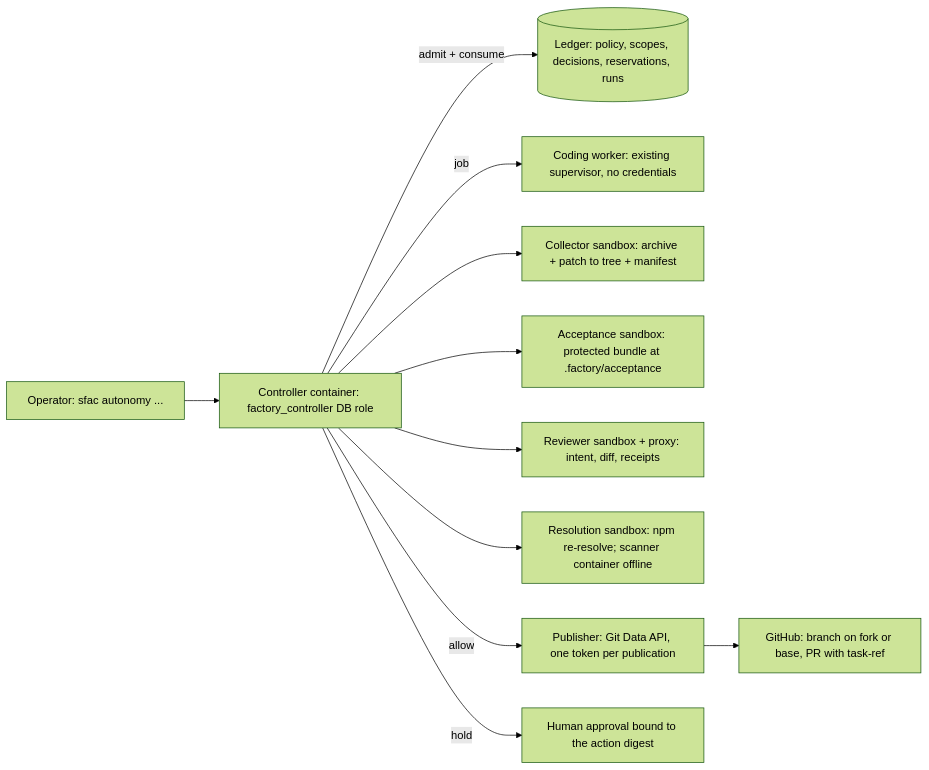
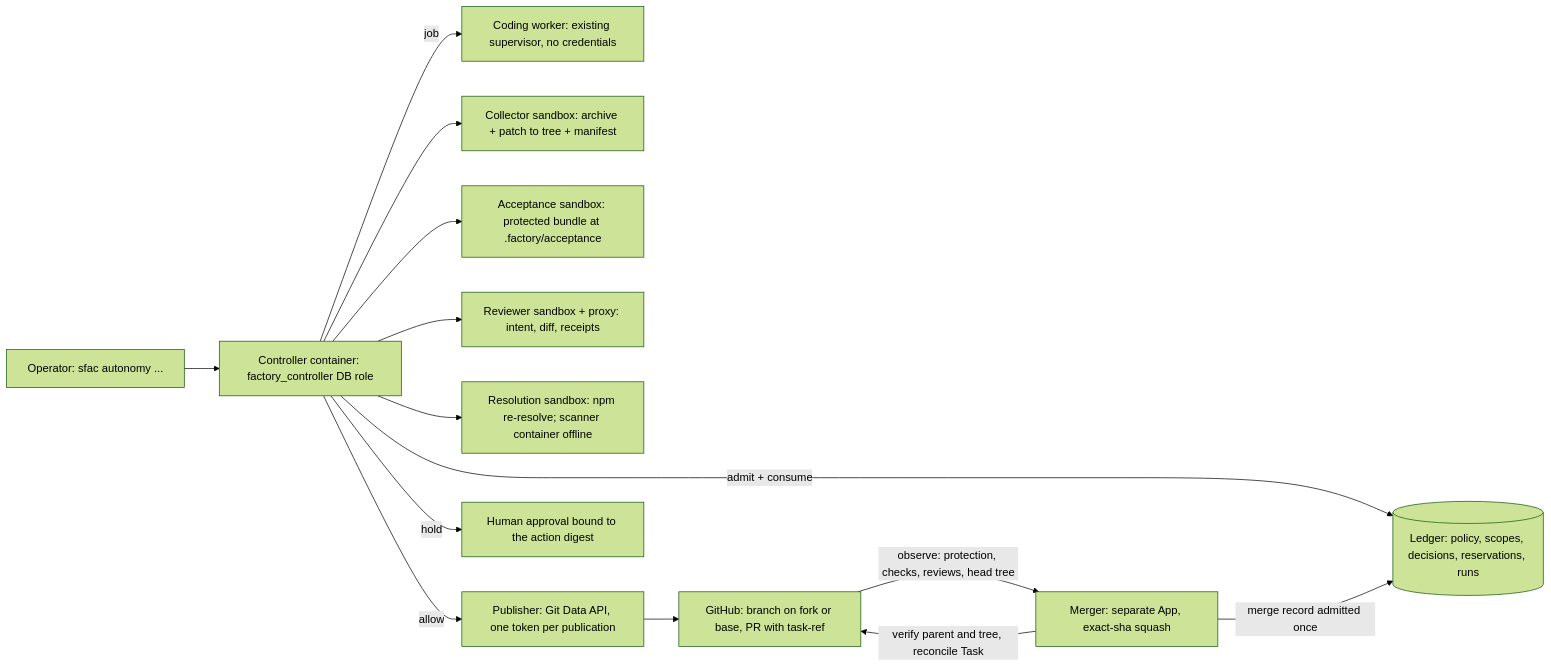
The diagram in docs/autonomy-operations.md (bnik-ai/bnik-software-factory), drawn with Mermaid (forest theme) before and after one commit. The commit also changed other lines of this file and 40 other files, not shown here.

````diff
--- a/docs/autonomy-operations.md
+++ b/docs/autonomy-operations.md
@@ -17,13 +17,16 @@
 ```mermaid
 flowchart LR
   O[Operator: sfac autonomy ...] --> C[Controller container: factory_controller DB role]
   C -->|admit + consume| L[(Ledger: policy, scopes, decisions, reservations, runs)]
   C -->|job| W[Coding worker: existing supervisor, no credentials]
   C --> K[Collector sandbox: archive + patch to tree + manifest]
   C --> A[Acceptance sandbox: protected bundle at .factory/acceptance]
   C --> R[Reviewer sandbox + proxy: intent, diff, receipts]
   C --> D[Resolution sandbox: npm re-resolve; scanner container offline]
   C -->|allow| P[Publisher: Git Data API, one token per publication]
   P --> G[GitHub: branch on fork or base, PR with task-ref]
   C -->|hold| H[Human approval bound to the action digest]
+  G -->|observe: protection, checks, reviews, head tree| M[Merger: separate App, exact-sha squash]
+  M -->|merge record admitted once| L
+  M -->|verify parent and tree, reconcile Task| G
 ```
````
